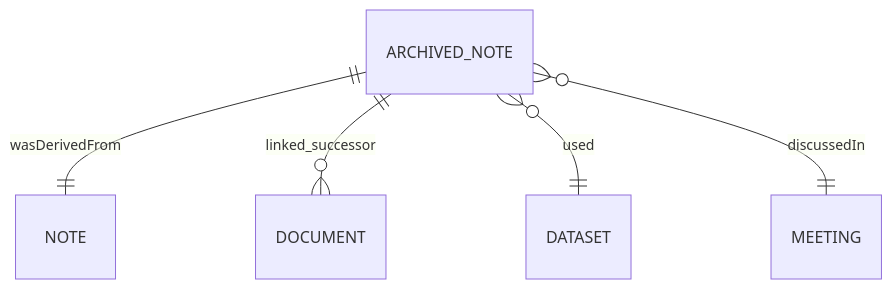
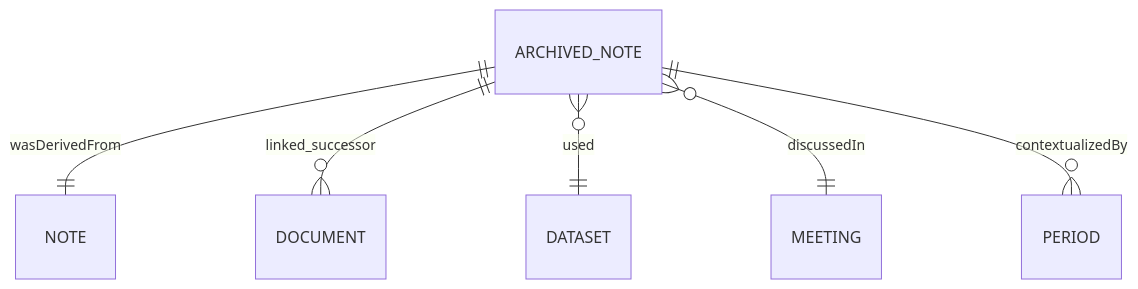
One commit to bartytime4life/Kansas-Frontier-Matrix changed the second of 2 diagrams in docs/notes/archive/README.md. Above: the diagram before and after it, drawn with Mermaid. The commit also changed other lines of this file, not shown here.

````diff
--- a/docs/notes/archive/README.md
+++ b/docs/notes/archive/README.md
@@ -207,7 +209,8 @@
 ```mermaid
 erDiagram
     ARCHIVED_NOTE ||--|| NOTE        : wasDerivedFrom
     ARCHIVED_NOTE ||--o{ DOCUMENT    : linked_successor
     ARCHIVED_NOTE }o--|| DATASET     : used
     ARCHIVED_NOTE }o--|| MEETING     : discussedIn
+    ARCHIVED_NOTE ||--o{ PERIOD      : contextualizedBy
 ```
````
